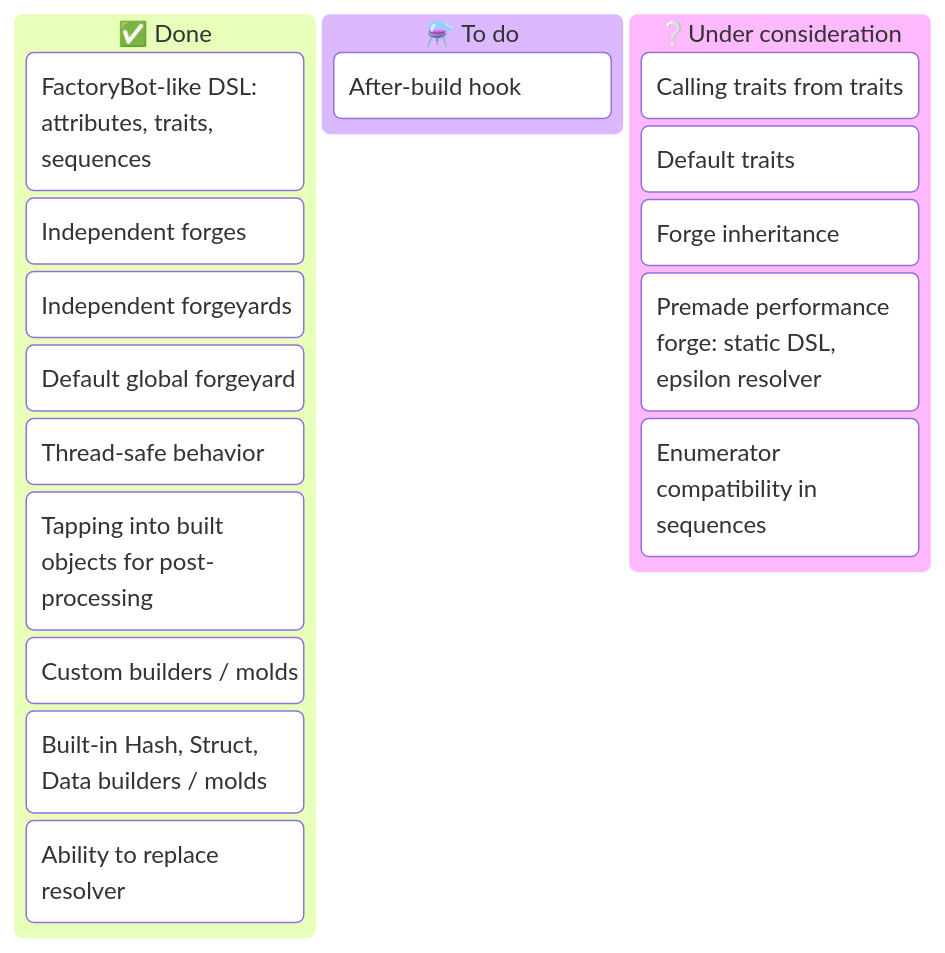
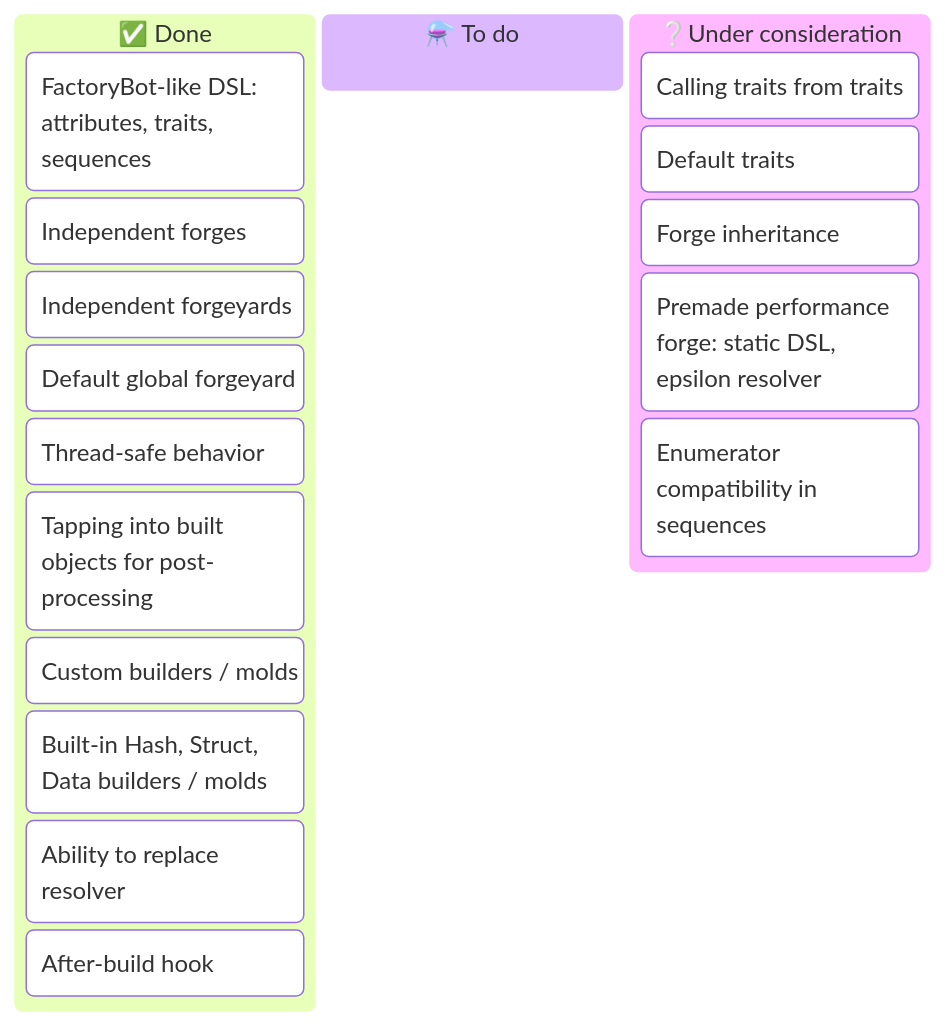
The diagram in README.md (trinistr/object_forge), drawn with Mermaid before and after one commit. The commit also changed other lines of this file and 4 other files, not shown here.

Commit message:
Add "after_forge"/"after_build" option to run a hook after every build

````diff
--- a/README.md
+++ b/README.md
@@ -284,21 +313,21 @@
 ```mermaid
 kanban
   [✅ Done]
     [FactoryBot-like DSL: attributes, traits, sequences]
     [Independent forges]
     [Independent forgeyards]
     [Default global forgeyard]
     [Thread-safe behavior]
     [Tapping into built objects for post-processing]
     [Custom builders / molds]
     [Built-in Hash, Struct, Data builders / molds]
     [Ability to replace resolver]
+    [After-build hook]
   [⚗️ To do]
-    [After-build hook]
   [❔Under consideration]
     [Calling traits from traits]
     [Default traits]
     [Forge inheritance]
     [Premade performance forge: static DSL, epsilon resolver]
     [Enumerator compatibility in sequences]
 ```
````
